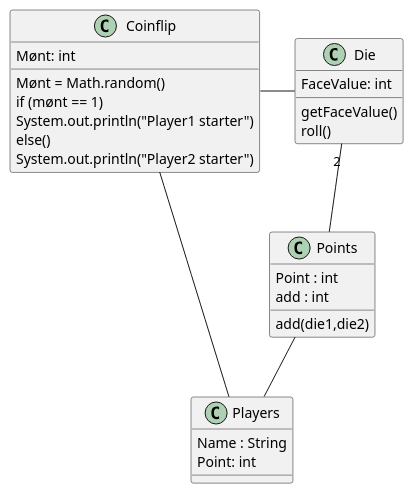
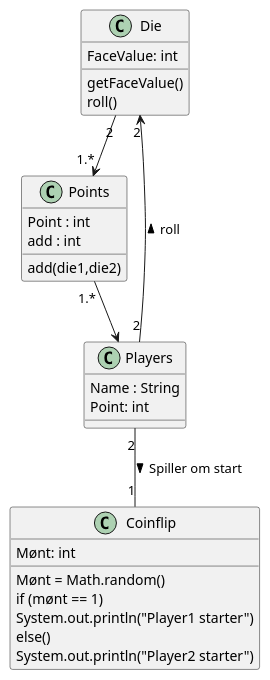
Before and after one commit to Jakob-SA/CDIO-1: the diagram in src/diagrammer/ClassDiagram.puml, drawn with PlantUML.

Commit message:
Tilføjede associationer til klassediagrammet

```diff
--- a/src/diagrammer/ClassDiagram.puml
+++ b/src/diagrammer/ClassDiagram.puml
@@ -1,37 +1,37 @@
 @startuml
 'https://plantuml.com/class-diagram
 class Die {
 FaceValue: int
 getFaceValue()
 roll()
 }
 class Players {
 Name : String
 Point: int
 }
 class Coinflip {
 Mønt: int
 Mønt = Math.random()
 if (mønt == 1)
 System.out.println("Player1 starter")
 else()
 System.out.println("Player2 starter")
 }
 class Points {
 Point : int
 add : int
 add(die1,die2)
 }
 
-Players -- Coinflip
-Coinflip - Die
-Die "2" -- Points
-Points -- Players
+Players "2" -- "1"Coinflip : Spiller om start >
+Players "2"--> "2"Die : roll >
+Die "2" --> "1.*"Points
+Points "1.*" --> Players
 
 
 
 
 
 
 
 @enduml
```
